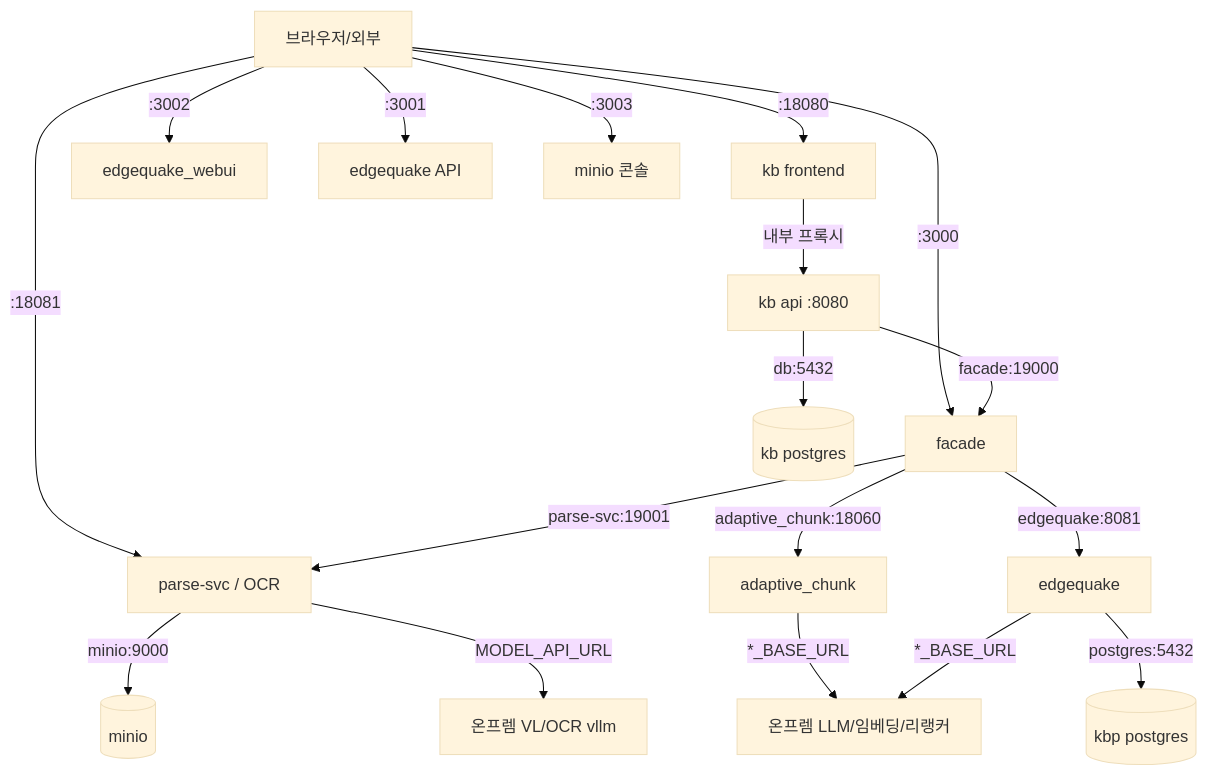
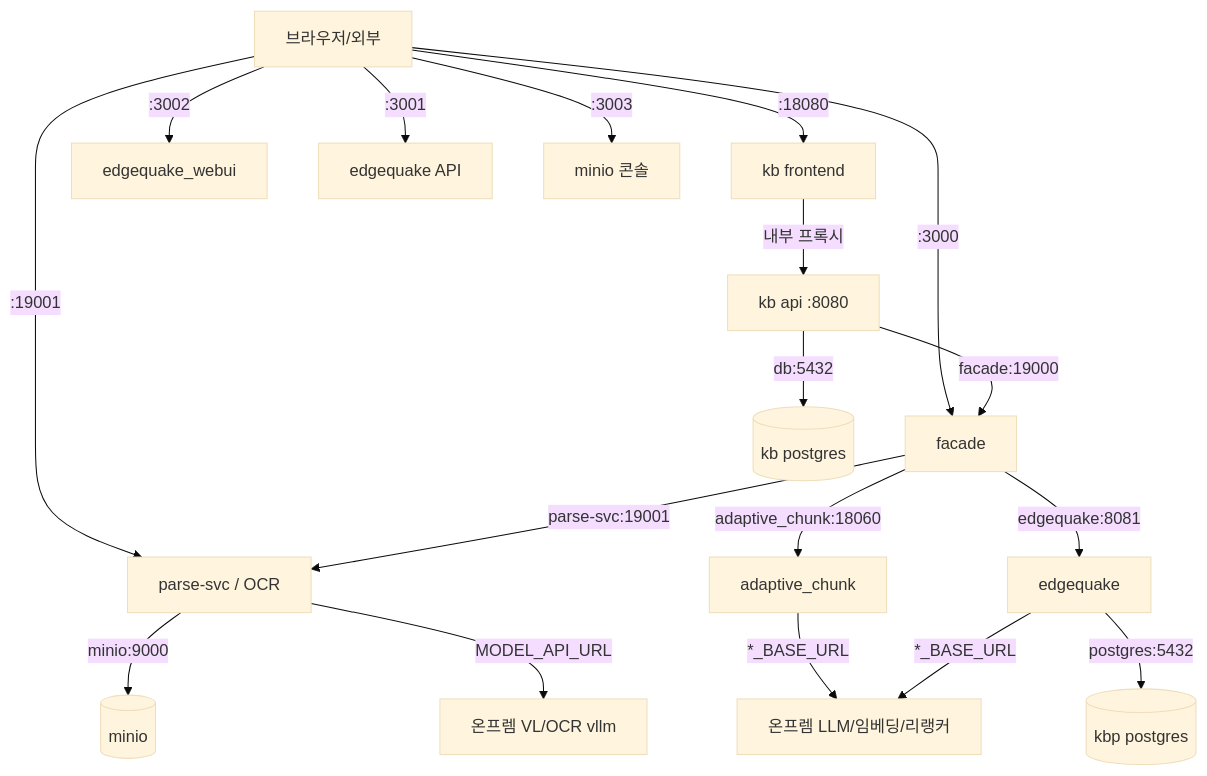
Before and after one commit to yungs11/kb-pipeline: the diagram in docs/architecture-ports.md, drawn with Mermaid (base theme). The commit also changed other lines of this file and 12 other files, not shown here.

````diff
--- a/docs/architecture-ports.md
+++ b/docs/architecture-ports.md
@@ -46,20 +46,20 @@
 ```mermaid
 graph TD
   U[브라우저/외부] -->|:18080| FE[kb frontend]
   U -->|:3000| FAC[facade]
   U -->|:3002| WUI[edgequake_webui]
   U -->|:3001| EQAPI[edgequake API]
   U -->|:3003| MC[minio 콘솔]
-  U -->|:18081| PS[parse-svc / OCR]
+  U -->|:19001| PS[parse-svc / OCR]
   FE -->|내부 프록시| API[kb api :8080]
   API -->|facade:19000| FAC
   FAC -->|parse-svc:19001| PS
   FAC -->|adaptive_chunk:18060| AC[adaptive_chunk]
   FAC -->|edgequake:8081| EQ[edgequake]
   API -->|db:5432| KBDB[(kb postgres)]
   EQ -->|postgres:5432| EQDB[(kbp postgres)]
   PS -->|minio:9000| MINIO[(minio)]
   PS -->|MODEL_API_URL| VL[온프렘 VL/OCR vllm]
   AC -->|*_BASE_URL| MODELS[온프렘 LLM/임베딩/리랭커]
   EQ -->|*_BASE_URL| MODELS
 ```
````
